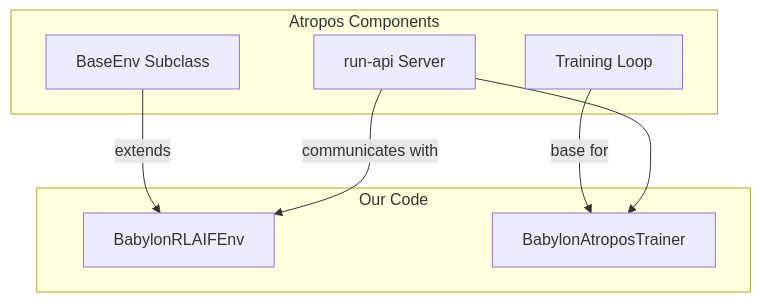
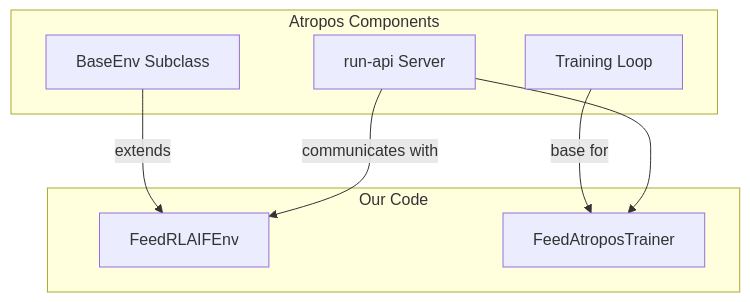
Before and after one commit to elizaOS/eliza: the second of 4 diagrams in packages/feed/packages/training/book/src/training-pipeline/grpo-atropos.md, drawn with Mermaid. The commit also changed other lines of this file and 2477 other files, not shown here.

First line of the commit message:
chore(feed): rename babylon → feed across packages/feed

````diff
--- a/packages/feed/packages/training/book/src/training-pipeline/grpo-atropos.md
+++ b/packages/feed/packages/training/book/src/training-pipeline/grpo-atropos.md
@@ -47,18 +47,18 @@
 ```mermaid
 graph TB
     subgraph "Atropos Components"
         API[run-api Server]
         ENV[BaseEnv Subclass]
         TRAINER[Training Loop]
     end
     
     subgraph "Our Code"
-        BENV[BabylonRLAIFEnv]
-        BTRAINER[BabylonAtroposTrainer]
+        BENV[FeedRLAIFEnv]
+        BTRAINER[FeedAtroposTrainer]
     end
     
     ENV --> |extends| BENV
     API --> |communicates with| BENV
     TRAINER --> |base for| BTRAINER
     API --> BTRAINER
 ```
````
